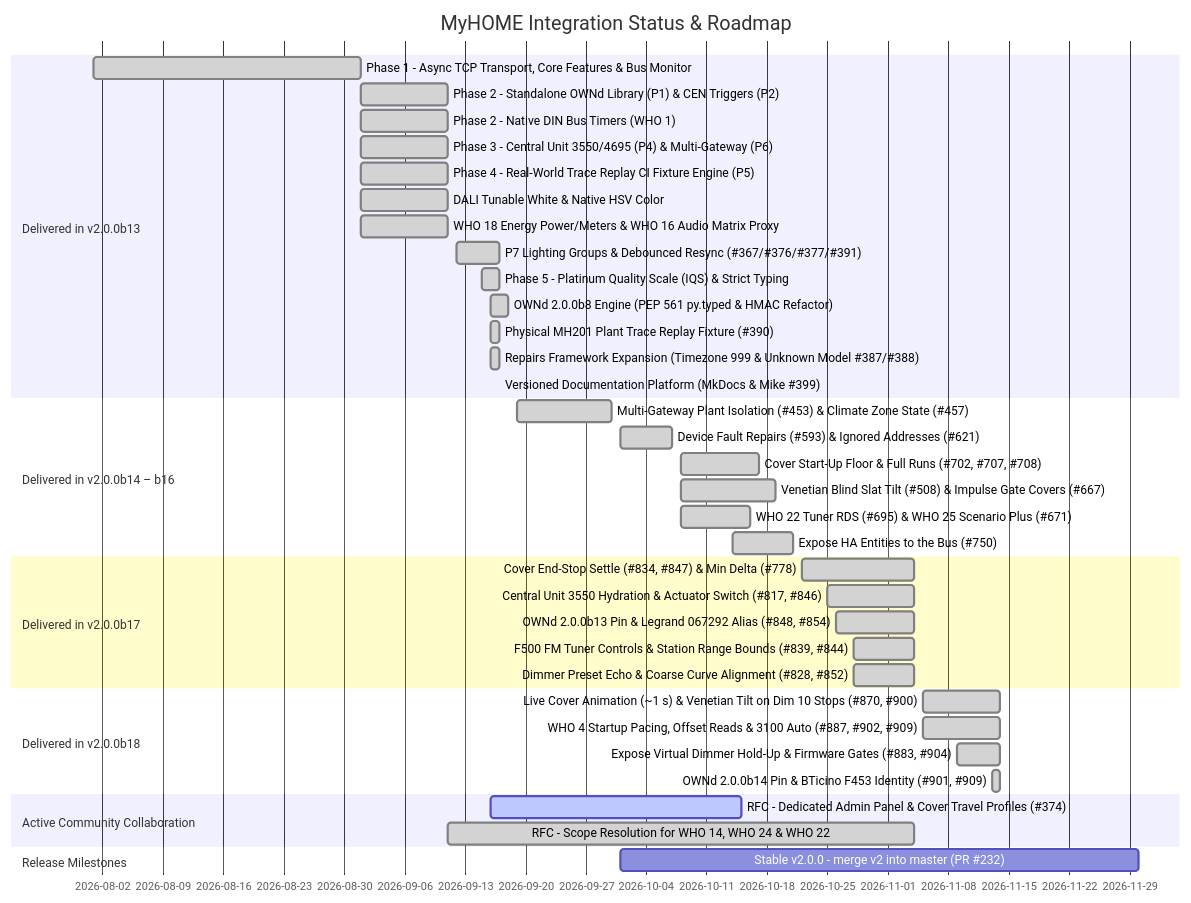
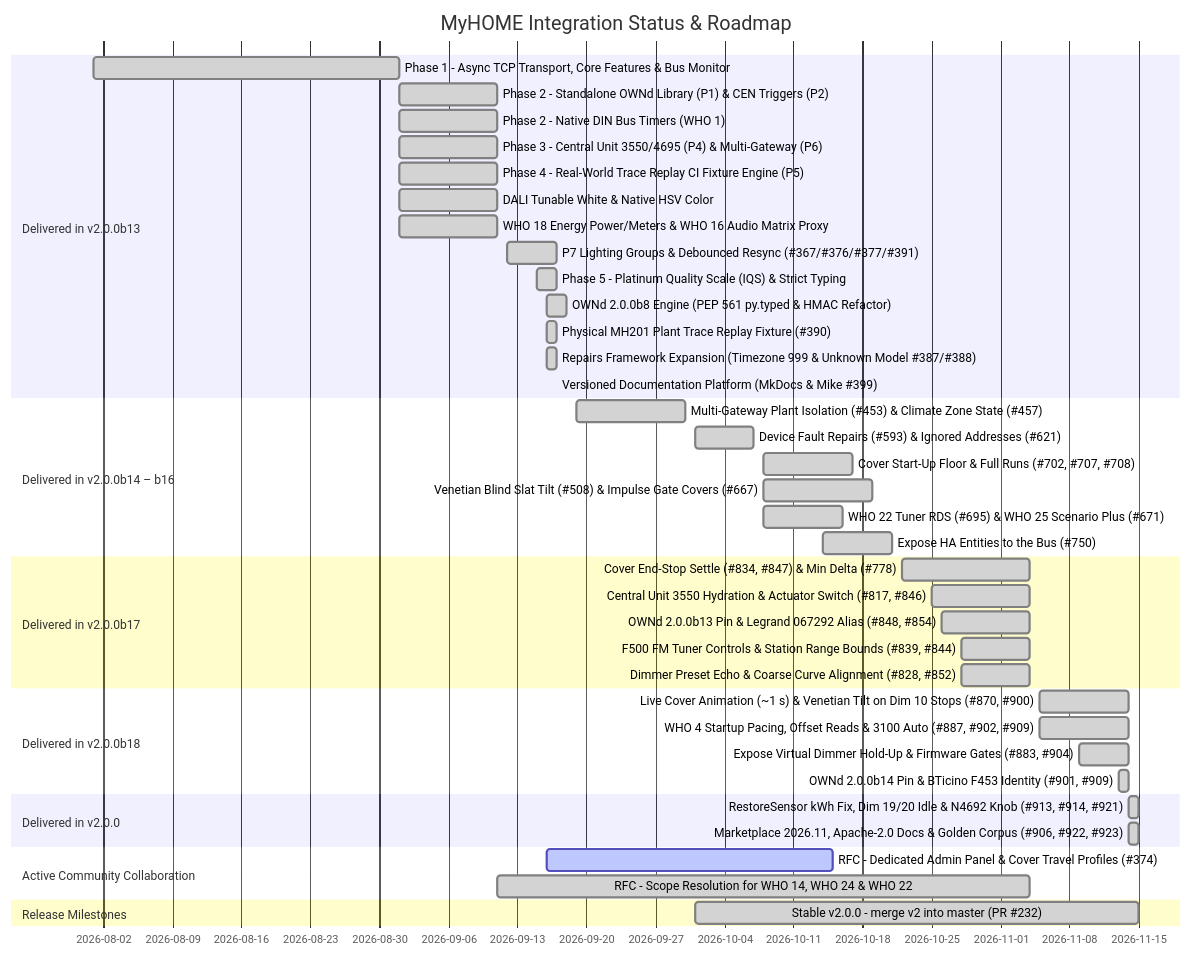
One commit to OpenWebNet-HA/MyHOME changed the first of 3 diagrams in ROADMAP.md. Above: the diagram before and after it, drawn with Mermaid. The commit also changed other lines of this file and 21 other files, not shown here.

````diff
--- a/ROADMAP.md
+++ b/ROADMAP.md
@@ -13,42 +13,45 @@
 ```mermaid
 gantt
     title MyHOME Integration Status & Roadmap
     dateFormat  YYYY-MM-DD
     section Delivered in v2.0.0b13
     Phase 1 - Async TCP Transport, Core Features & Bus Monitor      :done, 2026-08-01, 2026-09-01
     Phase 2 - Standalone OWNd Library (P1) & CEN Triggers (P2)      :done, 2026-09-01, 2026-09-11
     Phase 2 - Native DIN Bus Timers (WHO 1)                         :done, 2026-09-01, 2026-09-11
     Phase 3 - Central Unit 3550/4695 (P4) & Multi-Gateway (P6)      :done, 2026-09-01, 2026-09-11
     Phase 4 - Real-World Trace Replay CI Fixture Engine (P5)        :done, 2026-09-01, 2026-09-11
     DALI Tunable White & Native HSV Color                           :done, 2026-09-01, 2026-09-11
     WHO 18 Energy Power/Meters & WHO 16 Audio Matrix Proxy          :done, 2026-09-01, 2026-09-11
     P7 Lighting Groups & Debounced Resync (#367/#376/#377/#391)     :done, 2026-09-12, 2026-09-17
     Phase 5 - Platinum Quality Scale (IQS) & Strict Typing          :done, 2026-09-15, 2026-09-17
     OWNd 2.0.0b8 Engine (PEP 561 py.typed & HMAC Refactor)          :done, 2026-09-16, 2026-09-18
     Physical MH201 Plant Trace Replay Fixture (#390)                :done, 2026-09-16, 2026-09-17
     Repairs Framework Expansion (Timezone 999 & Unknown Model #387/#388) :done, 2026-09-16, 2026-09-17
     Versioned Documentation Platform (MkDocs & Mike #399)           :done, 2026-09-17, 2026-09-17
     section Delivered in v2.0.0b14 – b16
     Multi-Gateway Plant Isolation (#453) & Climate Zone State (#457) :done, 2026-09-19, 2026-09-30
     Device Fault Repairs (#593) & Ignored Addresses (#621)          :done, 2026-10-01, 2026-10-07
     Cover Start-Up Floor & Full Runs (#702, #707, #708)             :done, 2026-10-08, 2026-10-17
     Venetian Blind Slat Tilt (#508) & Impulse Gate Covers (#667)    :done, 2026-10-08, 2026-10-19
     WHO 22 Tuner RDS (#695) & WHO 25 Scenario Plus (#671)           :done, 2026-10-08, 2026-10-16
     Expose HA Entities to the Bus (#750)                            :done, 2026-10-14, 2026-10-21
     section Delivered in v2.0.0b17
     Cover End-Stop Settle (#834, #847) & Min Delta (#778)           :done, 2026-10-22, 2026-11-04
     Central Unit 3550 Hydration & Actuator Switch (#817, #846)       :done, 2026-10-25, 2026-11-04
     OWNd 2.0.0b13 Pin & Legrand 067292 Alias (#848, #854)           :done, 2026-10-26, 2026-11-04
     F500 FM Tuner Controls & Station Range Bounds (#839, #844)       :done, 2026-10-28, 2026-11-04
     Dimmer Preset Echo & Coarse Curve Alignment (#828, #852)         :done, 2026-10-28, 2026-11-04
     section Delivered in v2.0.0b18
     Live Cover Animation (~1 s) & Venetian Tilt on Dim 10 Stops (#870, #900) :done, 2026-11-05, 2026-11-14
     WHO 4 Startup Pacing, Offset Reads & 3100 Auto (#887, #902, #909) :done, 2026-11-05, 2026-11-14
     Expose Virtual Dimmer Hold-Up & Firmware Gates (#883, #904)      :done, 2026-11-09, 2026-11-14
     OWNd 2.0.0b14 Pin & BTicino F453 Identity (#901, #909)           :done, 2026-11-13, 2026-11-14
+    section Delivered in v2.0.0
+    RestoreSensor kWh Fix, Dim 19/20 Idle & N4692 Knob (#913, #914, #921) :done, 2026-11-14, 2026-11-15
+    Marketplace 2026.11, Apache-2.0 Docs & Golden Corpus (#906, #922, #923) :done, 2026-11-14, 2026-11-15
     section Active Community Collaboration
     RFC - Dedicated Admin Panel & Cover Travel Profiles (#374)      :active, 2026-09-16, 2026-10-15
     RFC - Scope Resolution for WHO 14, WHO 24 & WHO 22              :done, 2026-09-11, 2026-11-04
     section Release Milestones
-    Stable v2.0.0 - merge v2 into master (PR #232)                  :2026-10-01, 2026-11-30
+    Stable v2.0.0 - merge v2 into master (PR #232)                  :done, 2026-10-01, 2026-11-15
 ```
````
